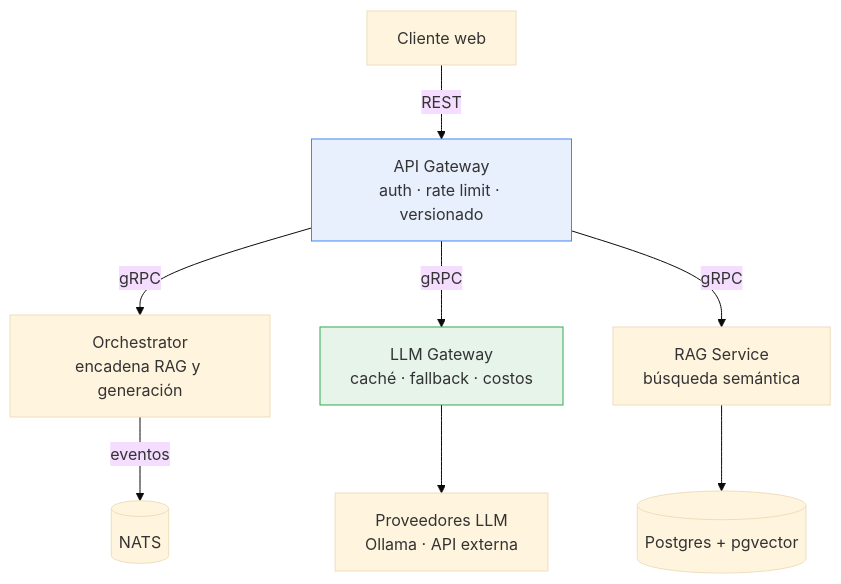
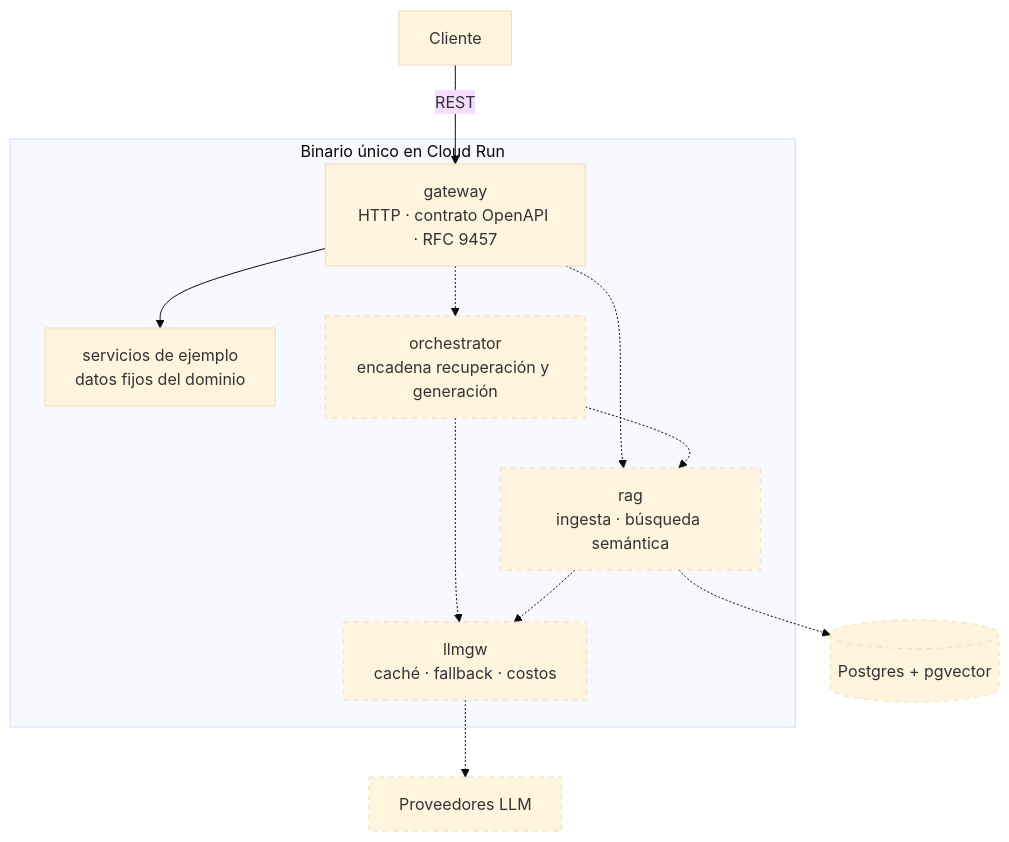
One commit to rodroguett/ai-doc-platform changed the diagram in README.md. Above: the diagram before and after it, drawn with Mermaid (base theme). The commit also changed other lines of this file, not shown here.

````diff
--- a/README.md
+++ b/README.md
@@ -40,17 +61,25 @@
 ```mermaid
 graph TD
-    Cliente[Cliente web]
+    Cliente[Cliente]
 
-    Cliente -->|REST| GW[API Gateway<br/>auth · rate limit · versionado]
+    subgraph Binario["Binario único en Cloud Run"]
+        GW[gateway<br/>HTTP · contrato OpenAPI · RFC 9457]
+        EX[servicios de ejemplo<br/>datos fijos del dominio]
+        ORC[orchestrator<br/>encadena recuperación y generación]
+        RAG[rag<br/>ingesta · búsqueda semántica]
+        LLM[llmgw<br/>caché · fallback · costos]
+    end
 
-    GW -->|gRPC| ORC[Orchestrator<br/>encadena RAG y generación]
-    GW -->|gRPC| LLM[LLM Gateway<br/>caché · fallback · costos]
-    GW -->|gRPC| RAG[RAG Service<br/>búsqueda semántica]
+    Cliente -->|REST| GW
+    GW --> EX
+    GW -.-> ORC
+    GW -.-> RAG
+    ORC -.-> RAG
+    ORC -.-> LLM
+    RAG -.-> LLM
+    RAG -.-> PG[(Postgres + pgvector)]
+    LLM -.-> PROV[Proveedores LLM]
 
-    ORC -->|eventos| NATS[(NATS)]
-    LLM --> PROV[Proveedores LLM<br/>Ollama · API externa]
-    RAG --> PG[(Postgres + pgvector)]
-
-    style GW fill:#e8f0fe,stroke:#4285f4
-    style LLM fill:#e6f4ea,stroke:#34a853
+    classDef planned stroke-dasharray: 5 5
+    class ORC,RAG,LLM,PG,PROV planned
 ```
````
